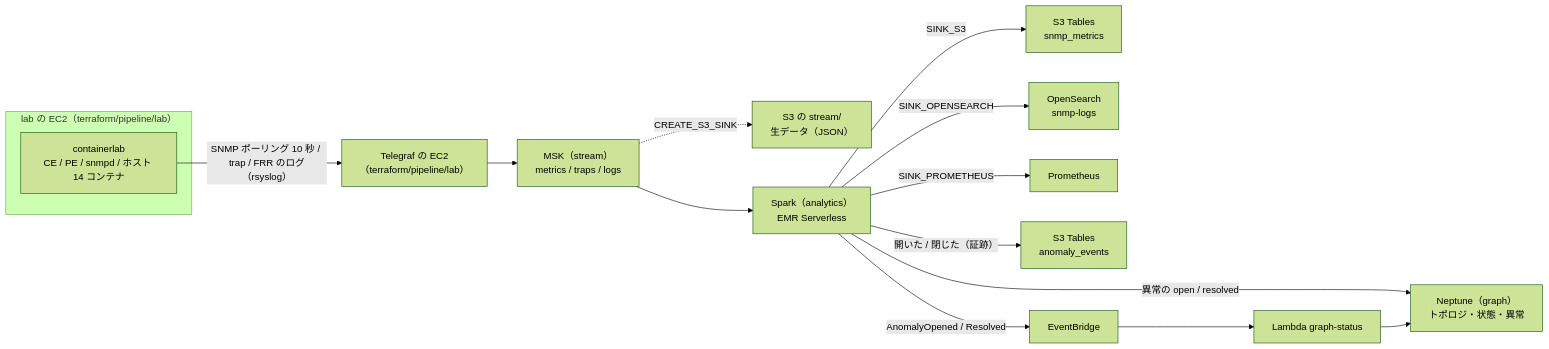
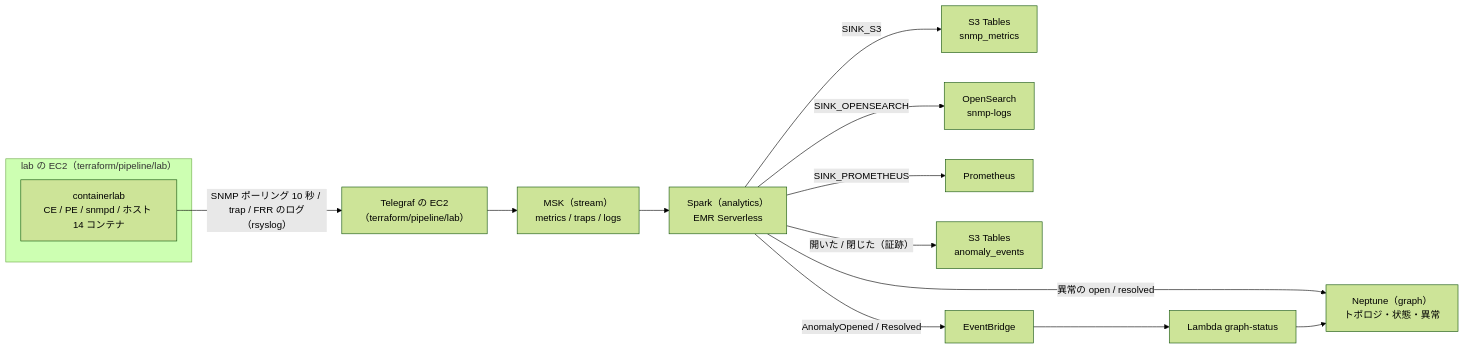
One commit to eddie-eights/cf-netops-sandbox changed the diagram in docs/pipeline.md. Above: the diagram before and after it, drawn with Mermaid (forest theme). The commit also changed 21 other files, not shown here.

First line of the commit message:
stream の MSK Connect の S3 sink を消す（生データは Spark が S3 Tables に入れるので要らない）

````diff
--- a/docs/pipeline.md
+++ b/docs/pipeline.md
@@ -7,17 +7,16 @@
 ```mermaid
 flowchart LR
   subgraph LABEC2["lab の EC2（terraform/pipeline/lab）"]
     CLAB["containerlab<br/>CE / PE / snmpd / ホスト 14 コンテナ"]
   end
   CLAB -->|"SNMP ポーリング 10 秒 / trap / FRR のログ（rsyslog）"| TG["Telegraf の EC2<br/>（terraform/pipeline/lab）"]
   TG --> MSK["MSK（stream）<br/>metrics / traps / logs"]
-  MSK -.->|"CREATE_S3_SINK"| RAW["S3 の stream/<br/>生データ（JSON）"]
   MSK --> SPARK["Spark（analytics）<br/>EMR Serverless"]
   SPARK -->|"SINK_S3"| ICE["S3 Tables<br/>snmp_metrics"]
   SPARK -->|"SINK_OPENSEARCH"| OS["OpenSearch<br/>snmp-logs"]
   SPARK -->|"SINK_PROMETHEUS"| PROM["Prometheus"]
   SPARK -->|"開いた / 閉じた（証跡）"| AEV["S3 Tables<br/>anomaly_events"]
   SPARK -->|"異常の open / resolved"| NEP["Neptune（graph）<br/>トポロジ・状態・異常"]
   SPARK -->|"AnomalyOpened / Resolved"| EB["EventBridge"]
   EB --> GL["Lambda graph-status"] --> NEP
 ```
````
